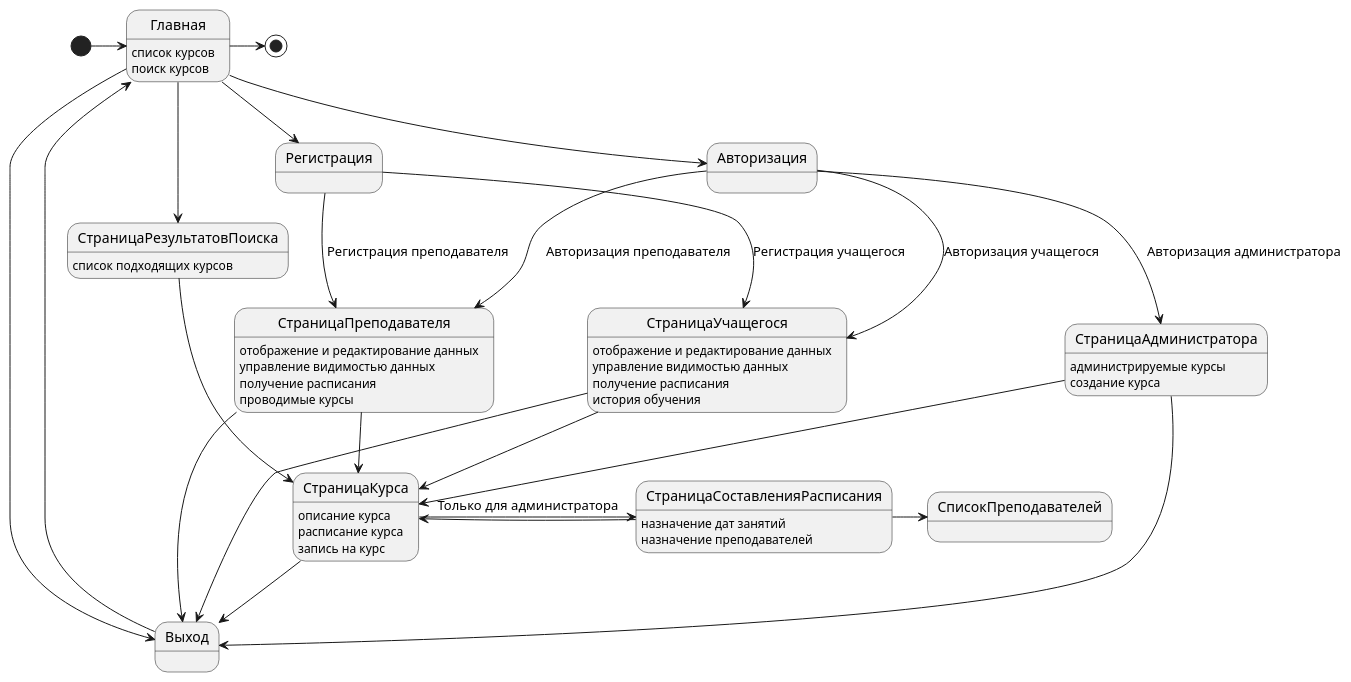
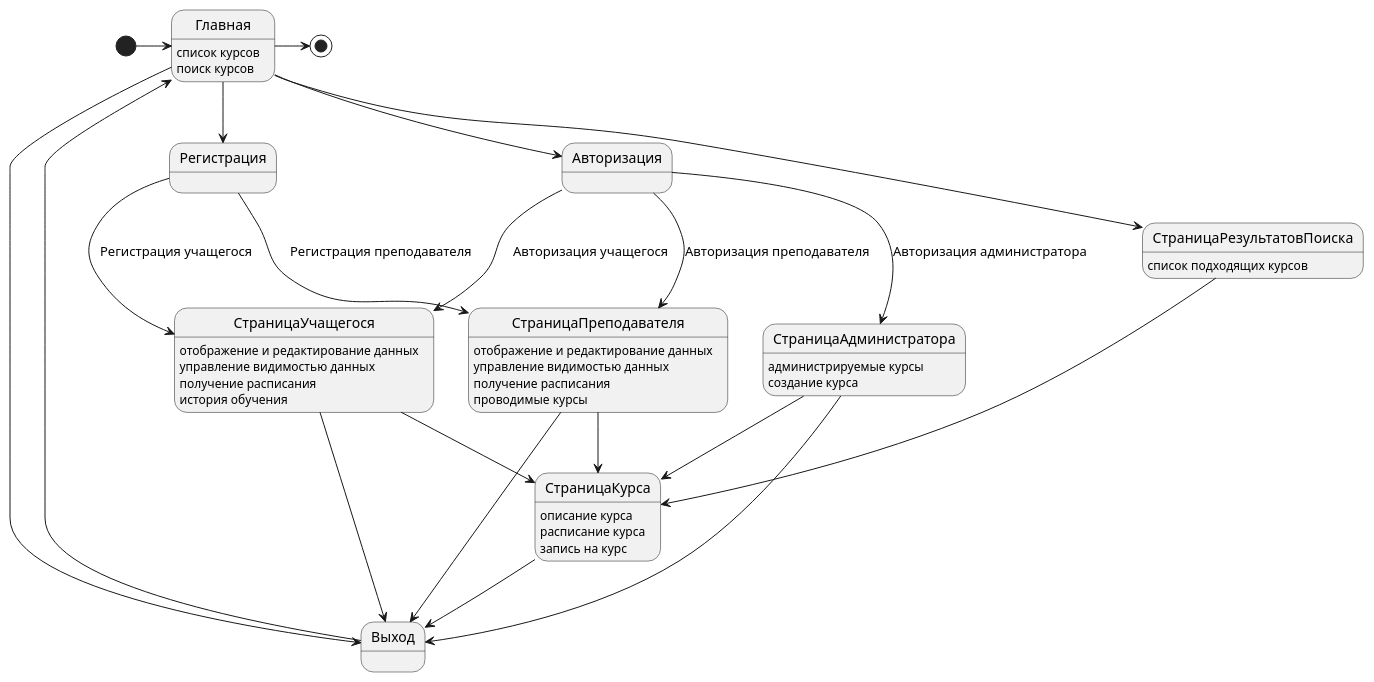
Before and after one commit to SeTSeR/LearnCenter: the first of 2 diagrams in techtask/techtask.org, drawn with PlantUML. The commit also changed other lines of this file and 7 other files, not shown here.

```diff
--- a/techtask/techtask.org
+++ b/techtask/techtask.org
@@ -121,43 +97,38 @@
    #+begin_src plantuml :file pages.png
    [*] -> Главная
    Главная: список курсов
    Главная: поиск курсов
    Главная --> СтраницаРезультатовПоиска
    Главная --> Регистрация
    Главная --> Авторизация
    Главная --> Выход
    СтраницаРезультатовПоиска: список подходящих курсов
    Регистрация --> СтраницаУчащегося : Регистрация учащегося
    Авторизация --> СтраницаУчащегося : Авторизация учащегося
    Регистрация --> СтраницаПреподавателя : Регистрация преподавателя
    Авторизация --> СтраницаПреподавателя : Авторизация преподавателя
    Авторизация --> СтраницаАдминистратора : Авторизация администратора
    СтраницаУчащегося: отображение и редактирование данных
    СтраницаУчащегося: управление видимостью данных
    СтраницаУчащегося: получение расписания
    СтраницаУчащегося: история обучения
    СтраницаПреподавателя: отображение и редактирование данных
    СтраницаПреподавателя: управление видимостью данных
    СтраницаПреподавателя: получение расписания
    СтраницаПреподавателя: проводимые курсы
    СтраницаАдминистратора: администрируемые курсы
    СтраницаАдминистратора: создание курса
    СтраницаУчащегося --> СтраницаКурса
    СтраницаПреподавателя --> СтраницаКурса
    СтраницаАдминистратора --> СтраницаКурса
    СтраницаРезультатовПоиска --> СтраницаКурса
    СтраницаУчащегося --> Выход
    СтраницаПреподавателя --> Выход
    СтраницаАдминистратора --> Выход
    СтраницаКурса --> Выход
    СтраницаКурса: описание курса
    СтраницаКурса: расписание курса
    СтраницаКурса: запись на курс
-   СтраницаКурса -> СтраницаСоставленияРасписания : Только для администратора
-   СтраницаСоставленияРасписания -> СтраницаКурса
-   СтраницаСоставленияРасписания -> СписокПреподавателей
-   СтраницаСоставленияРасписания: назначение дат занятий
-   СтраницаСоставленияРасписания: назначение преподавателей
    Выход -> Главная
    Главная -> [*]
    #+end_src
```
